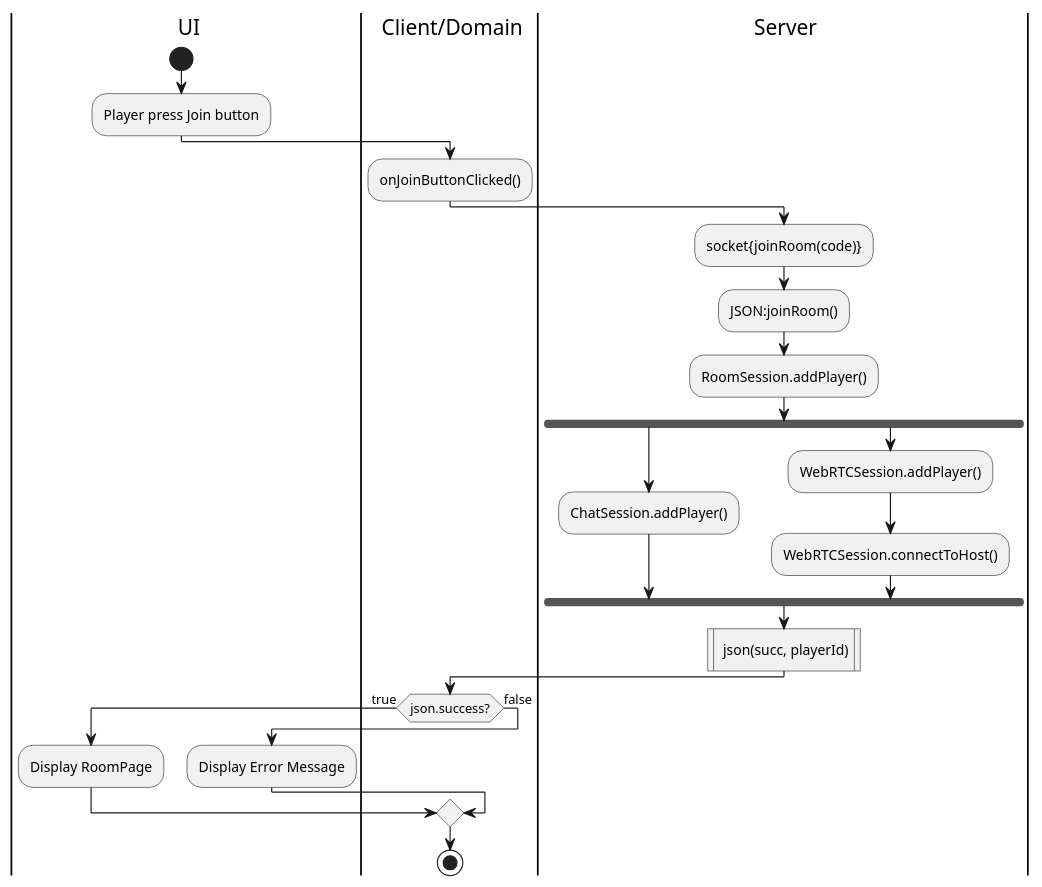
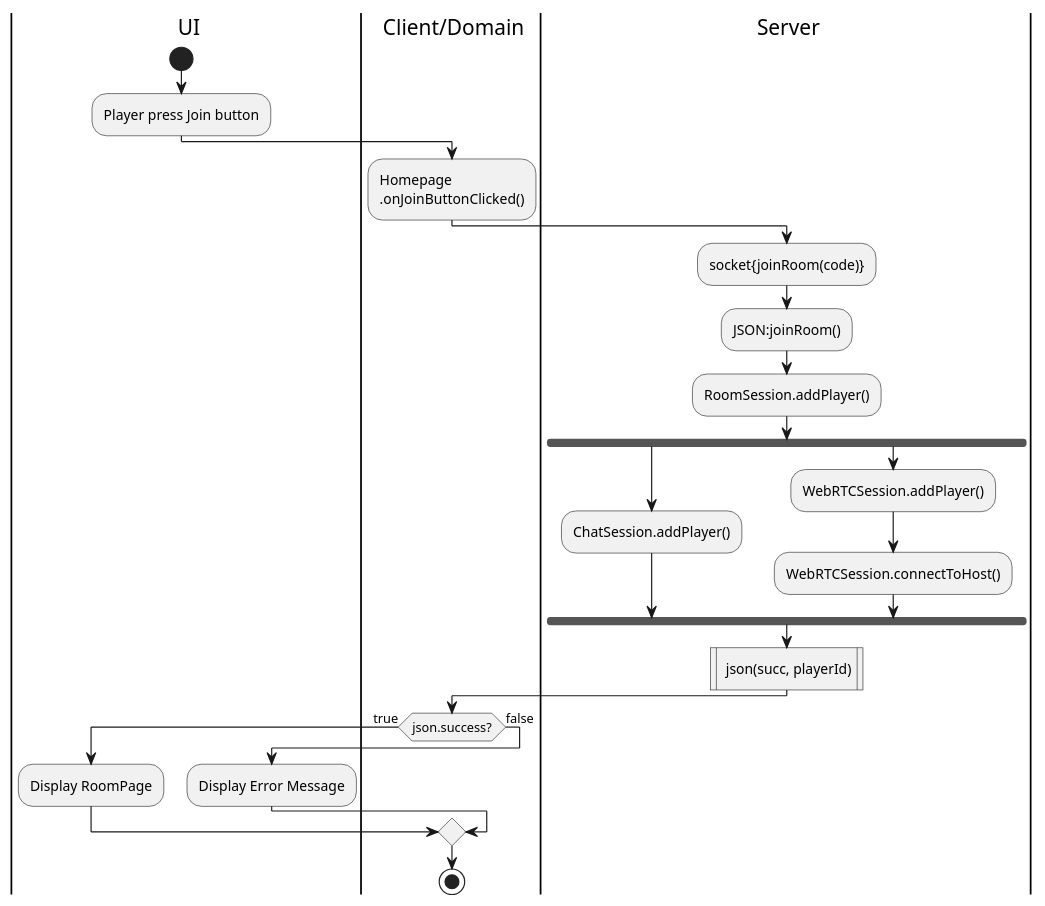
The diagram in docs/ActivityDiagramJoinRoom.puml (ducklin5/TTetris), drawn with PlantUML before and after one commit. The commit also changed 38 other files, not shown here.

Commit message:
feat: compile preliminary design diagrams to pdf

```diff
--- a/docs/ActivityDiagramJoinRoom.puml
+++ b/docs/ActivityDiagramJoinRoom.puml
@@ -1,35 +1,36 @@
-@startuml JoinRoom
+@startuml ActivityDiagramJoinRoom
 skinparam linetype ortho
 
 |ui| UI
 start
 
 :Player press Join button;
 
 |cd| Client/Domain
-:onJoinButtonClicked();
+:Homepage
+.onJoinButtonClicked();
 
 |sd| Server
 :socket{joinRoom(code)};
 :JSON:joinRoom();
 :RoomSession.addPlayer();
 fork
     :ChatSession.addPlayer();
 fork again
     :WebRTCSession.addPlayer();
     :WebRTCSession.connectToHost();
 end fork
 : json(succ, playerId)|
 
 |cd|
 if (json.success?) is (true) then
 |ui| UI
 :Display RoomPage;
 else (false)
 |ui| UI
 :Display Error Message;
 |ui| UI
 endif
 |cd|
 stop
 @enduml
```
